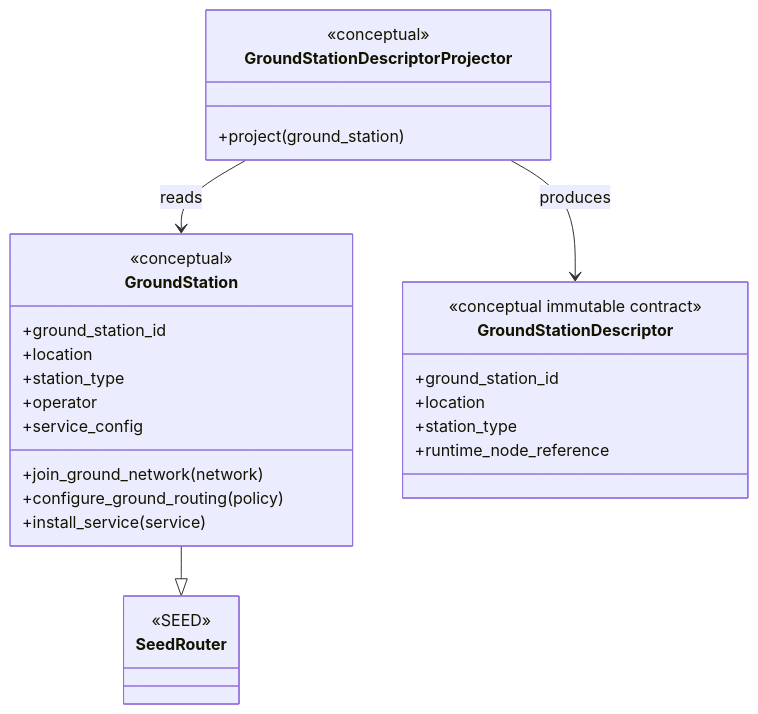
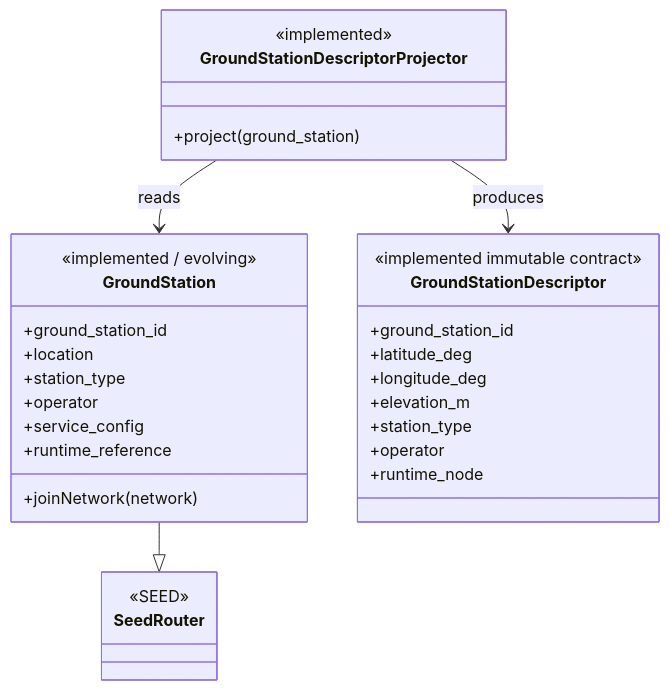
Before and after one commit to seed-labs/skyseed: the seventh of 7 diagrams in skyseed_v2/docs/architecture/diagrams.md, drawn with Mermaid. The commit also changed other lines of this file and 19 other files, not shown here.

````diff
--- a/skyseed_v2/docs/architecture/diagrams.md
+++ b/skyseed_v2/docs/architecture/diagrams.md
@@ -165,35 +164,37 @@
 ```mermaid
 classDiagram
     class GroundStation {
-        <<conceptual>>
+        <<implemented / evolving>>
         +ground_station_id
         +location
         +station_type
         +operator
         +service_config
-        +join_ground_network(network)
-        +configure_ground_routing(policy)
-        +install_service(service)
+        +runtime_reference
+        +joinNetwork(network)
     }
 
     class SeedRouter {
         <<SEED>>
     }
 
     class GroundStationDescriptorProjector {
-        <<conceptual>>
+        <<implemented>>
         +project(ground_station)
     }
 
     class GroundStationDescriptor {
-        <<conceptual immutable contract>>
+        <<implemented immutable contract>>
         +ground_station_id
-        +location
+        +latitude_deg
+        +longitude_deg
+        +elevation_m
         +station_type
-        +runtime_node_reference
+        +operator
+        +runtime_node
     }
 
     GroundStation --|> SeedRouter
     GroundStationDescriptorProjector --> GroundStation : reads
     GroundStationDescriptorProjector --> GroundStationDescriptor : produces
 ```
````
